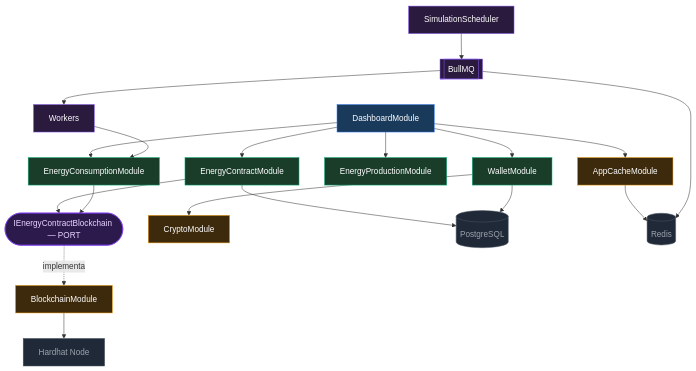
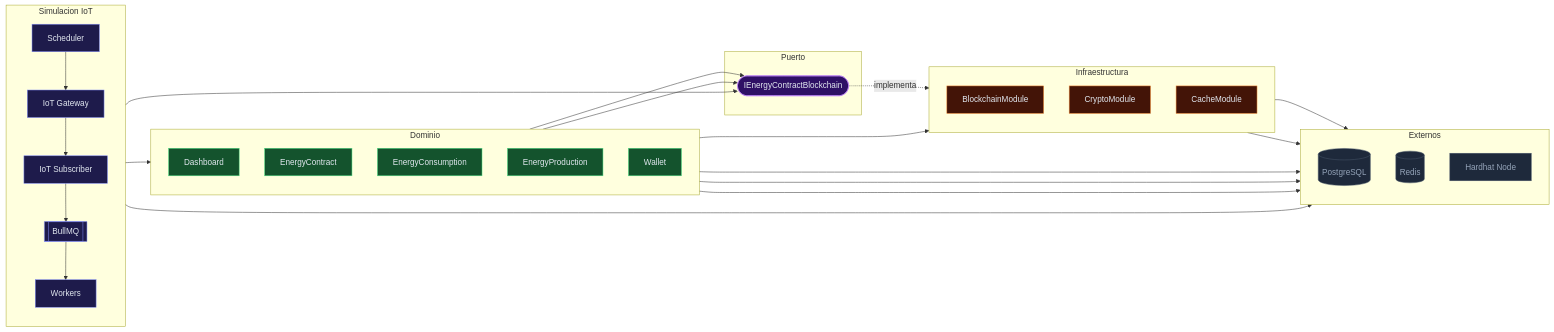
One commit to desideriodr/blockchain-energia changed the second of 3 diagrams in README.md. Above: the diagram before and after it, drawn with Mermaid. The commit also changed other lines of this file and 1 other file, not shown here.

````diff
--- a/README.md
+++ b/README.md
@@ -73,52 +96,64 @@
 ```mermaid
-graph TD
-    D["DashboardModule"]
+graph LR
+    subgraph SIM["Simulacion IoT"]
+        direction TB
+        SCH["Scheduler"]
+        GW["IoT Gateway"]
+        SUB["IoT Subscriber"]
+        BQ[["BullMQ"]]
+        WK["Workers"]
+        SCH --> GW --> SUB --> BQ --> WK
+    end
 
-    D --> EC
-    D --> ECO
-    D --> EP
-    D --> W
-    D --> CA
+    subgraph DOM["Dominio"]
+        direction TB
+        D["Dashboard"]
+        EC["EnergyContract"]
+        ECO["EnergyConsumption"]
+        EP["EnergyProduction"]
+        W["Wallet"]
+    end
 
-    EC["EnergyContractModule"]
-    ECO["EnergyConsumptionModule"]
-    EP["EnergyProductionModule"]
-    W["WalletModule"]
+    subgraph PORT_LAYER["Puerto"]
+        PORT(["IEnergyContractBlockchain"])
+    end
 
+    subgraph INFRA["Infraestructura"]
+        direction TB
+        BC["BlockchainModule"]
+        CR["CryptoModule"]
+        CA["CacheModule"]
+    end
+
+    subgraph EXT["Externos"]
+        direction TB
+        PG[("PostgreSQL")]
+        RD[("Redis")]
+        HH["Hardhat Node"]
+    end
+
+    WK --> ECO
+    WK --> PORT
     EC --> PORT
     ECO --> PORT
-    PORT(["IEnergyContractBlockchain — PORT"])
-    PORT -.->|implementa| BC["BlockchainModule"]
-
-    W --> CR["CryptoModule"]
-    CA["AppCacheModule"]
-
-    SCH["SimulationScheduler"]
-    BQ[["BullMQ"]]
-    WK["Workers"]
-    SCH --> BQ --> WK --> ECO
-
-    PG[("PostgreSQL")]
-    RD[("Redis")]
-    HH["Hardhat Node"]
-
+    PORT -.->|implementa| BC
     EC --> PG
+    ECO --> PG
     W --> PG
+    W --> CR
     BC --> HH
     CA --> RD
     BQ --> RD
 
-    classDef app   fill:#1a3a5c,stroke:#3b82f6,color:#fff
-    classDef dom   fill:#1a3d2a,stroke:#10b981,color:#fff
-    classDef infra fill:#3d2a0d,stroke:#f59e0b,color:#fff
-    classDef sim   fill:#2a1a3d,stroke:#8b5cf6,color:#fff
-    classDef ext   fill:#1f2937,stroke:#4b5563,color:#9ca3af
-    classDef port  fill:#2d1a4d,stroke:#7c3aed,color:#e9d5ff
+    classDef sim   fill:#1e1b4b,stroke:#818cf8,color:#e2e8f0
+    classDef dom   fill:#14532d,stroke:#4ade80,color:#e2e8f0
+    classDef port  fill:#2e1065,stroke:#c084fc,color:#e2e8f0
+    classDef infra fill:#431407,stroke:#fb923c,color:#e2e8f0
+    classDef ext   fill:#1e293b,stroke:#475569,color:#94a3b8
 
-    class D app
-    class EC,ECO,EP,W dom
+    class SCH,GW,SUB,BQ,WK sim
+    class D,EC,ECO,EP,W dom
+    class PORT port
     class BC,CR,CA infra
-    class SCH,BQ,WK sim
     class PG,RD,HH ext
-    class PORT port
 ```
````
